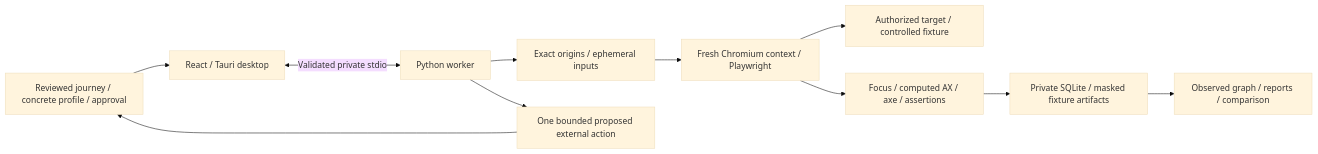
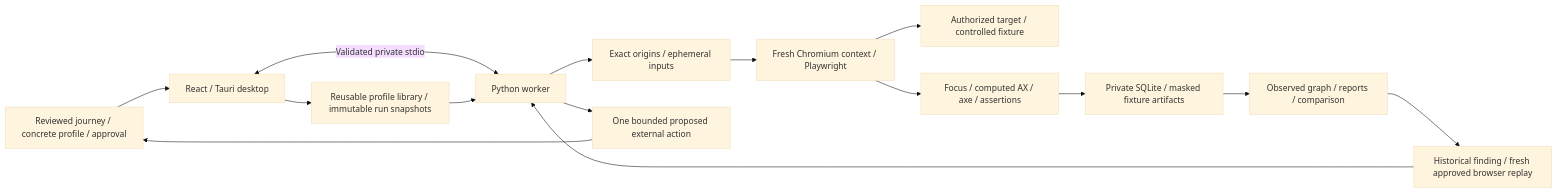
The diagram in docs/hackyard/architecture.md (Rhythm-Sanghi/AccessMaze), drawn with Mermaid (base theme) before and after one commit. The commit also changed other lines of this file and 9 other files, not shown here.

````diff
--- a/docs/hackyard/architecture.md
+++ b/docs/hackyard/architecture.md
@@ -3,13 +3,17 @@
 ```mermaid
 flowchart LR
   Person[Reviewed journey / concrete profile / approval] --> UI[React / Tauri desktop]
   UI <-->|Validated private stdio| Worker[Python worker]
   Worker --> Policy[Exact origins / ephemeral inputs]
   Policy --> Browser[Fresh Chromium context / Playwright]
   Browser --> Site[Authorized target / controlled fixture]
   Browser --> Observations[Focus / computed AX / axe / assertions]
   Observations --> SQLite[Private SQLite / masked fixture artifacts]
   SQLite --> Investigation[Observed graph / reports / comparison]
+  UI --> Profiles[Reusable profile library / immutable run snapshots]
+  Profiles --> Worker
+  Investigation --> Replay[Historical finding / fresh approved browser replay]
+  Replay --> Worker
   Worker --> Proposal[One bounded proposed external action]
   Proposal --> Person
 ```
````
